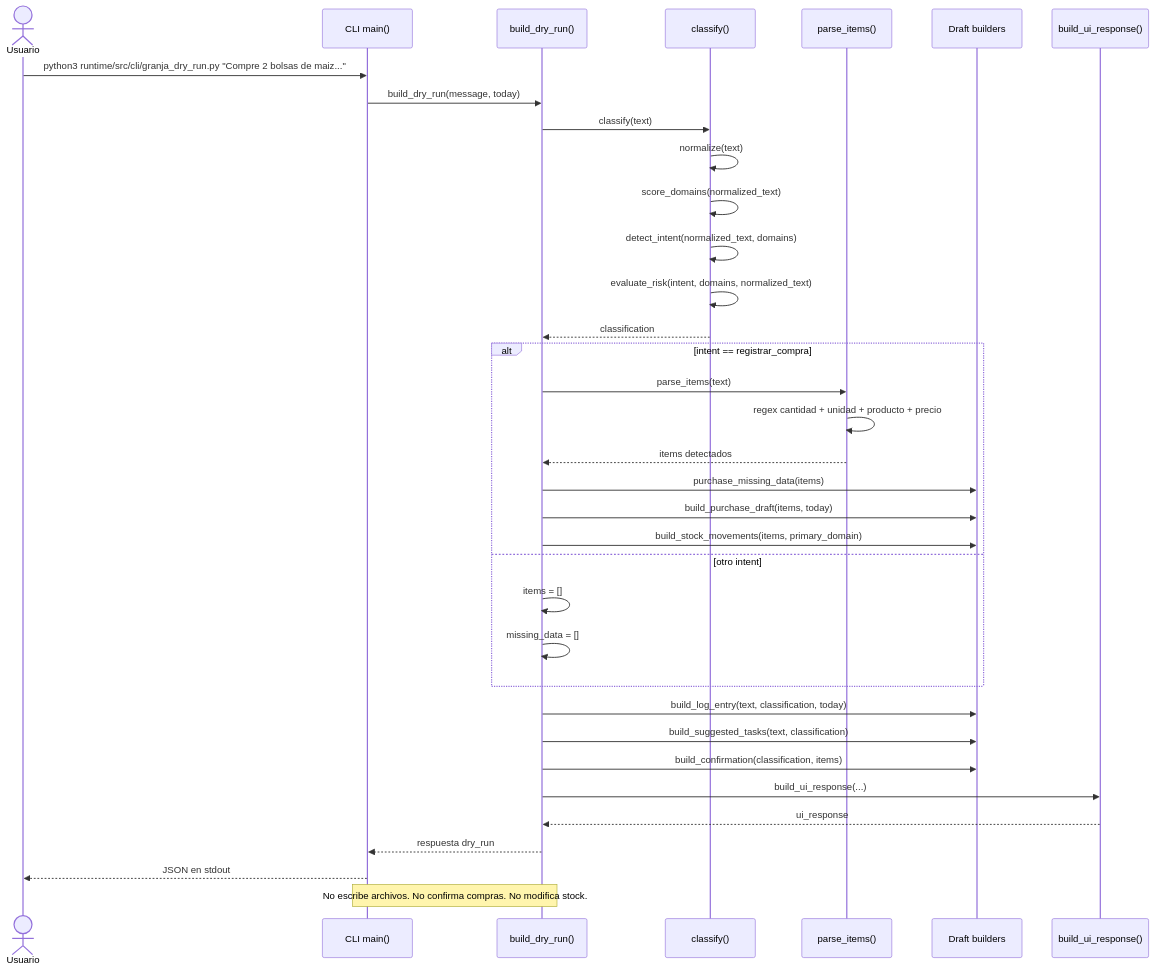
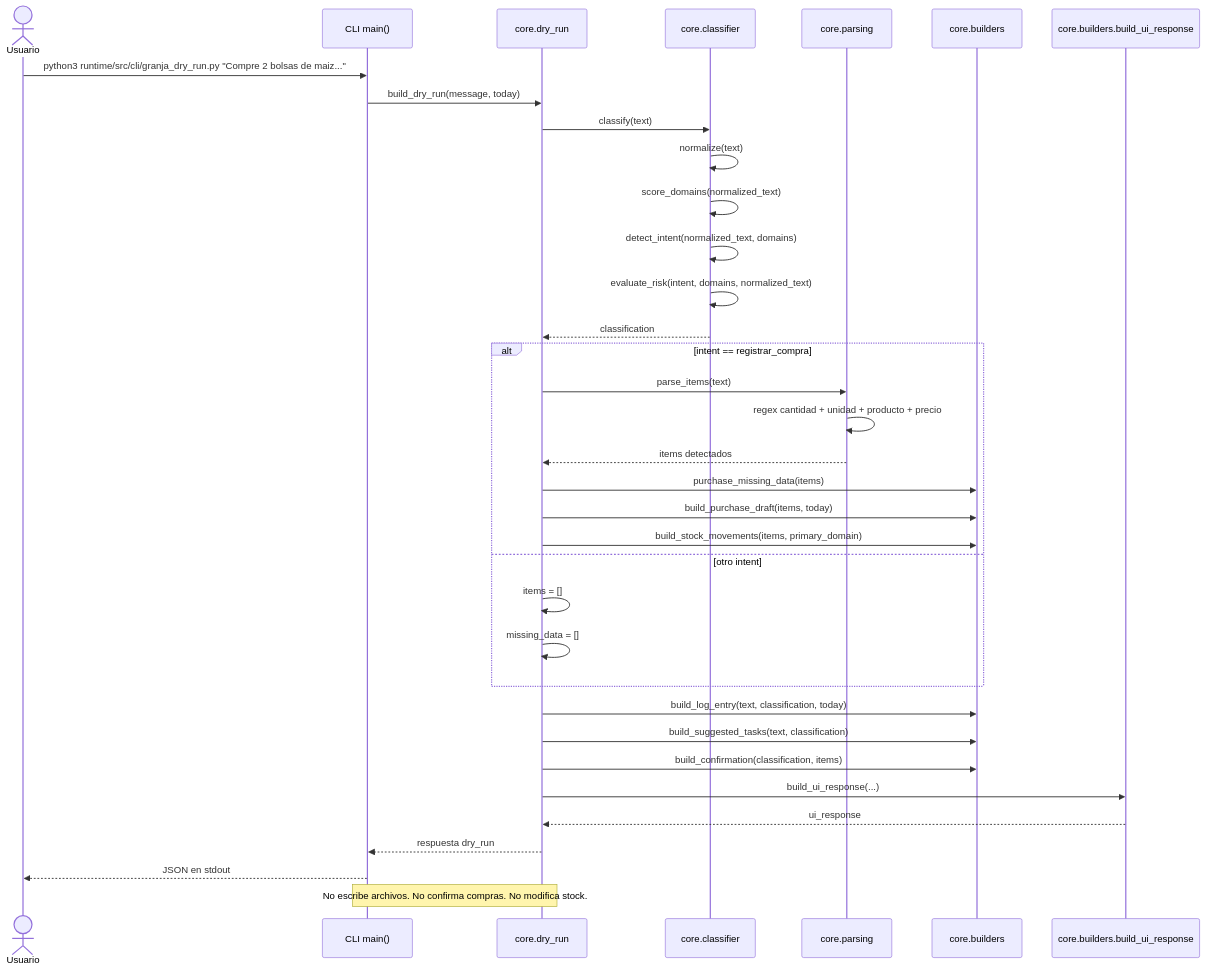
One commit to nbenitz/granja-luna-agent changed the second of 3 diagrams in runtime/docs/granja-dry-run-flow.md. Above: the diagram before and after it, drawn with Mermaid. The commit also changed other lines of this file and 12 other files, not shown here.

Commit message:
Refactor dry-run runtime into core modules

````diff
--- a/runtime/docs/granja-dry-run-flow.md
+++ b/runtime/docs/granja-dry-run-flow.md
@@ -57,43 +63,43 @@
 ```mermaid
 sequenceDiagram
     actor User as Usuario
     participant CLI as CLI main()
-    participant Runtime as build_dry_run()
-    participant Classifier as classify()
-    participant Parser as parse_items()
-    participant Drafts as Draft builders
-    participant UI as build_ui_response()
+    participant Runtime as core.dry_run
+    participant Classifier as core.classifier
+    participant Parser as core.parsing
+    participant Drafts as core.builders
+    participant UI as core.builders.build_ui_response
 
     User->>CLI: python3 runtime/src/cli/granja_dry_run.py "Compre 2 bolsas de maiz..."
     CLI->>Runtime: build_dry_run(message, today)
 
     Runtime->>Classifier: classify(text)
     Classifier->>Classifier: normalize(text)
     Classifier->>Classifier: score_domains(normalized_text)
     Classifier->>Classifier: detect_intent(normalized_text, domains)
     Classifier->>Classifier: evaluate_risk(intent, domains, normalized_text)
     Classifier-->>Runtime: classification
 
     alt intent == registrar_compra
         Runtime->>Parser: parse_items(text)
         Parser->>Parser: regex cantidad + unidad + producto + precio
         Parser-->>Runtime: items detectados
         Runtime->>Drafts: purchase_missing_data(items)
         Runtime->>Drafts: build_purchase_draft(items, today)
         Runtime->>Drafts: build_stock_movements(items, primary_domain)
     else otro intent
         Runtime->>Runtime: items = []
         Runtime->>Runtime: missing_data = []
     end
 
     Runtime->>Drafts: build_log_entry(text, classification, today)
     Runtime->>Drafts: build_suggested_tasks(text, classification)
     Runtime->>Drafts: build_confirmation(classification, items)
     Runtime->>UI: build_ui_response(...)
     UI-->>Runtime: ui_response
 
     Runtime-->>CLI: respuesta dry_run
     CLI-->>User: JSON en stdout
 
     Note over Runtime,CLI: No escribe archivos. No confirma compras. No modifica stock.
 ```
````
